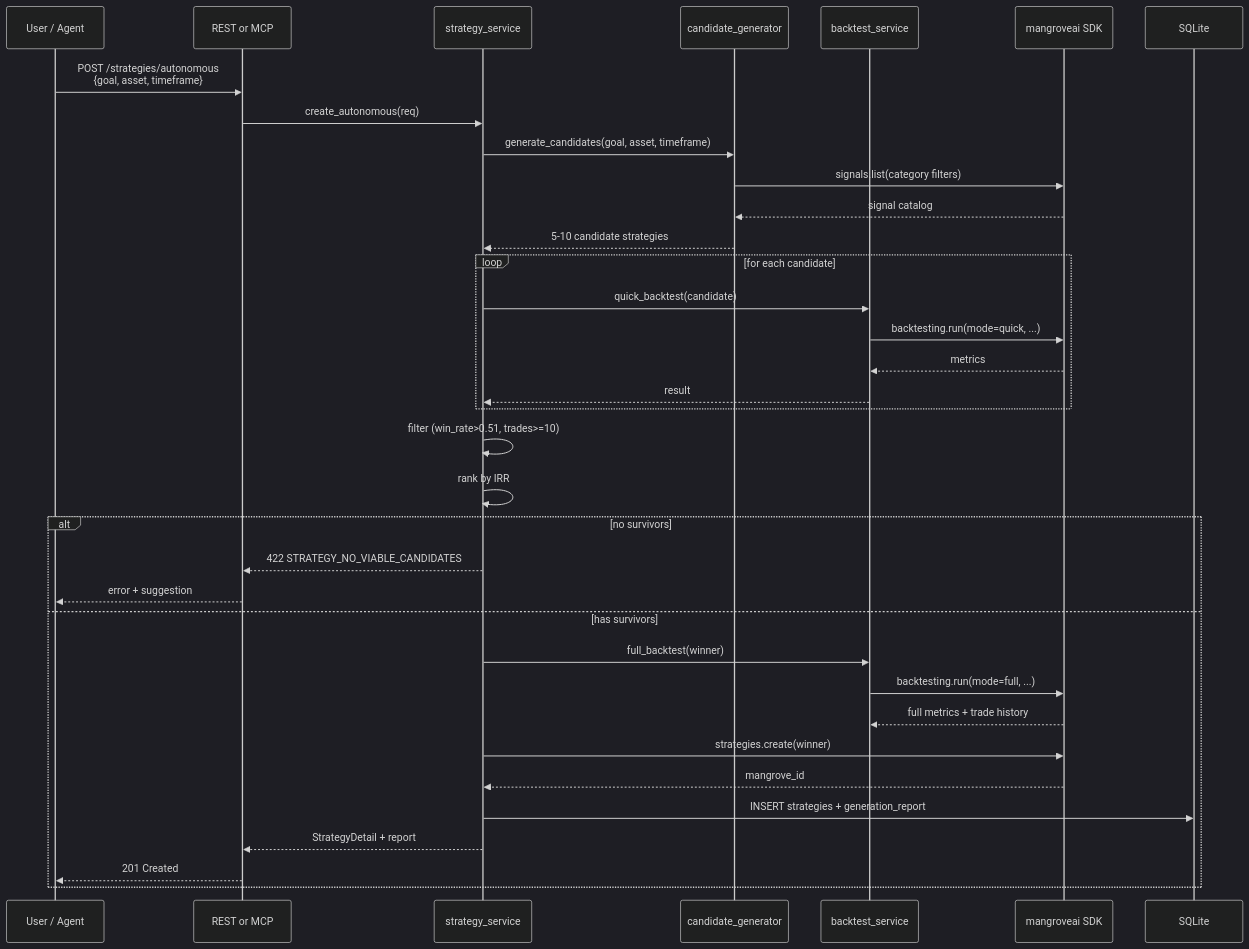
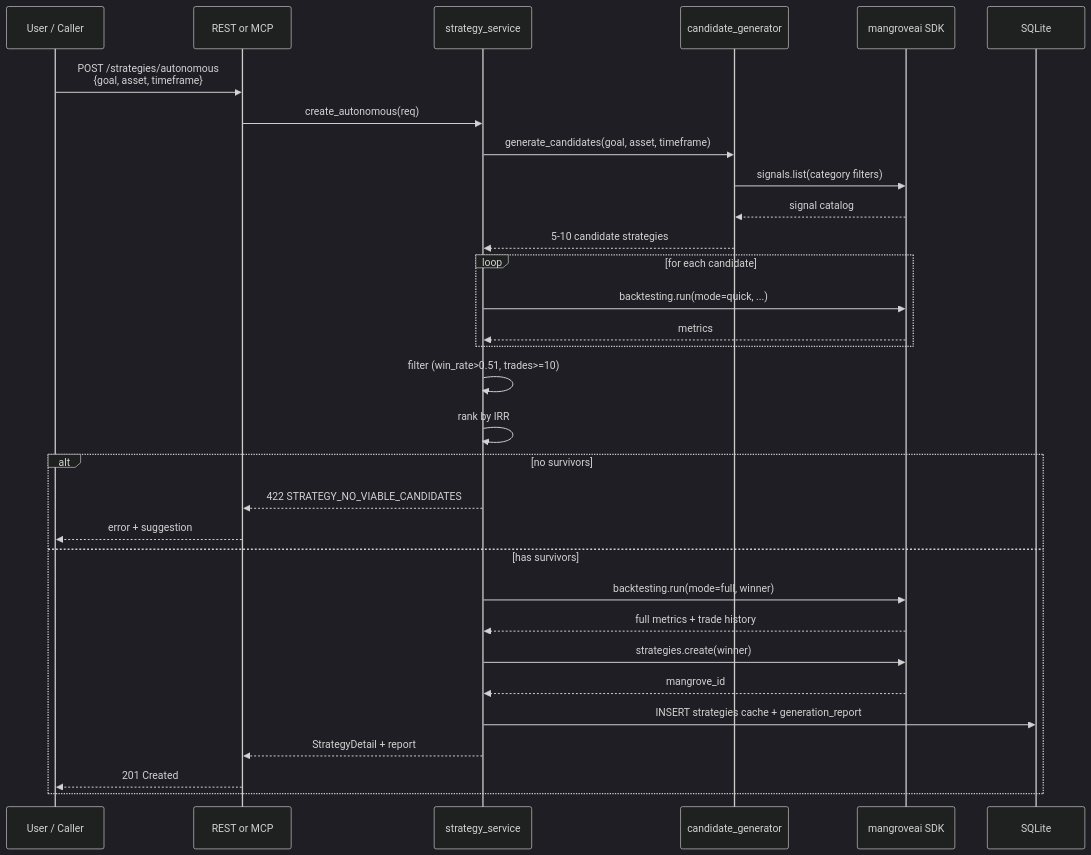
One commit to MangroveTechnologies/app-in-a-box changed the fourth of 9 diagrams in docs/architecture.md. Above: the diagram before and after it, drawn with Mermaid (dark theme). The commit also changed other lines of this file and 1 other file, not shown here.

First line of the commit message:
architecture + spec: kill Cloud Run, use SDK for eval, drop Hank, use template config

````diff
--- a/docs/architecture.md
+++ b/docs/architecture.md
@@ -121,41 +128,37 @@
 ```mermaid
 sequenceDiagram
-    participant U as User / Agent
+    participant U as User / Caller
     participant API as REST or MCP
     participant SS as strategy_service
     participant CG as candidate_generator
-    participant BS as backtest_service
     participant SDK as mangroveai SDK
     participant DB as SQLite
 
     U->>API: POST /strategies/autonomous<br/>{goal, asset, timeframe}
     API->>SS: create_autonomous(req)
     SS->>CG: generate_candidates(goal, asset, timeframe)
     CG->>SDK: signals.list(category filters)
     SDK-->>CG: signal catalog
     CG-->>SS: 5-10 candidate strategies
 
     loop for each candidate
-        SS->>BS: quick_backtest(candidate)
-        BS->>SDK: backtesting.run(mode=quick, ...)
-        SDK-->>BS: metrics
-        BS-->>SS: result
+        SS->>SDK: backtesting.run(mode=quick, ...)
+        SDK-->>SS: metrics
     end
 
     SS->>SS: filter (win_rate>0.51, trades>=10)
     SS->>SS: rank by IRR
 
     alt no survivors
         SS-->>API: 422 STRATEGY_NO_VIABLE_CANDIDATES
         API-->>U: error + suggestion
     else has survivors
-        SS->>BS: full_backtest(winner)
-        BS->>SDK: backtesting.run(mode=full, ...)
-        SDK-->>BS: full metrics + trade history
+        SS->>SDK: backtesting.run(mode=full, winner)
+        SDK-->>SS: full metrics + trade history
         SS->>SDK: strategies.create(winner)
         SDK-->>SS: mangrove_id
-        SS->>DB: INSERT strategies + generation_report
+        SS->>DB: INSERT strategies cache + generation_report
         SS-->>API: StrategyDetail + report
         API-->>U: 201 Created
     end
 ```
````
